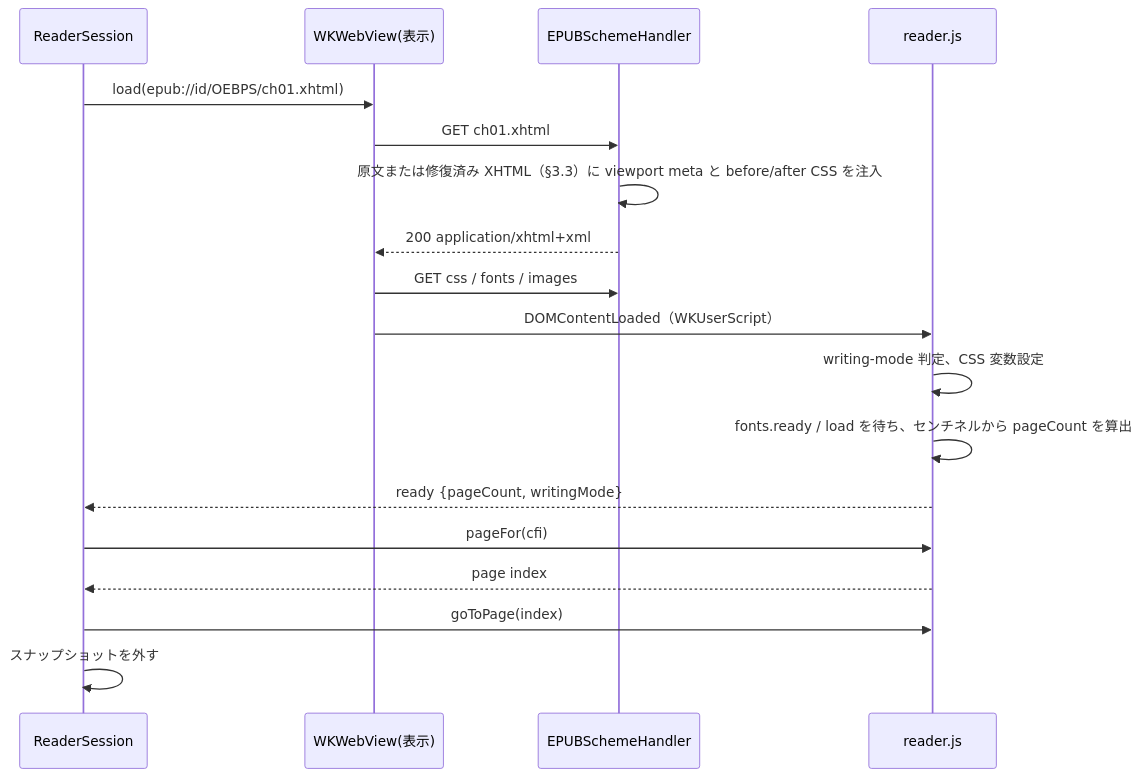
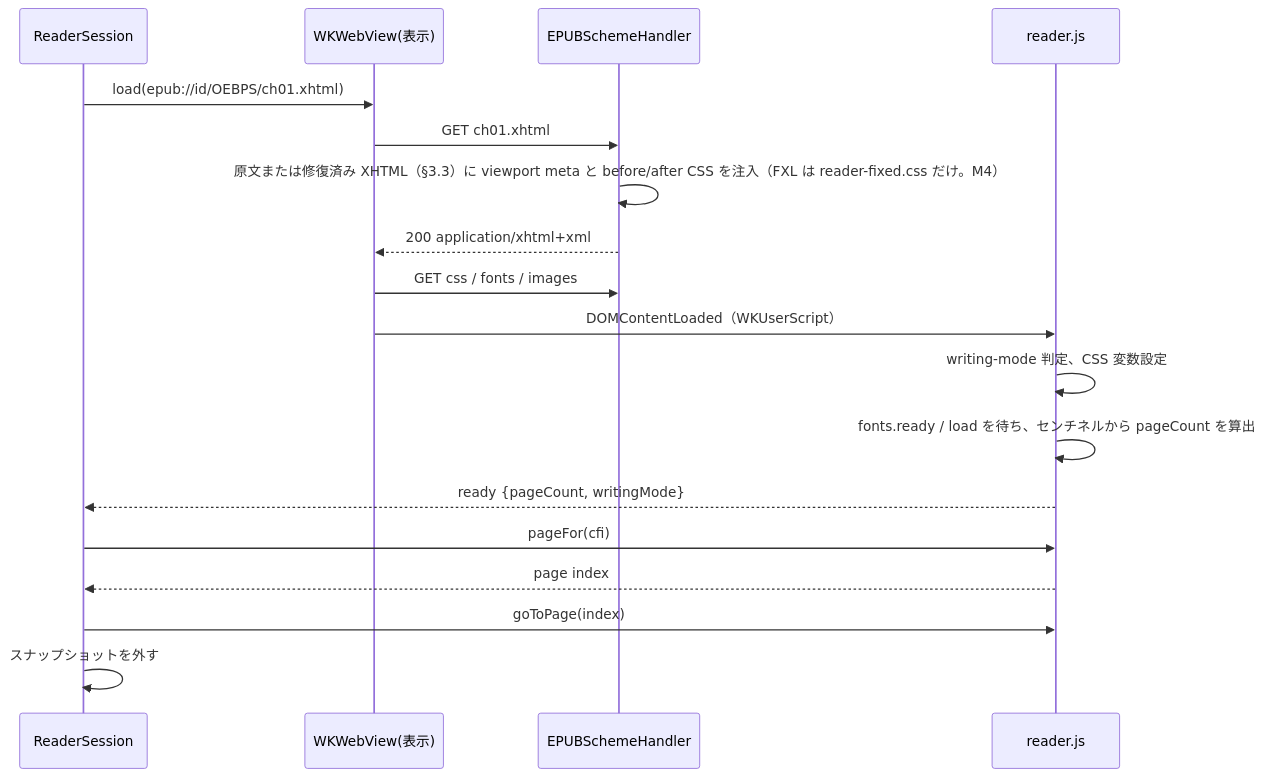
One commit to k-ymmt/epub-swift changed the diagram in docs/design/02-rendering.md. Above: the diagram before and after it, drawn with Mermaid. The commit also changed other lines of this file and 4 other files, not shown here.

````diff
--- a/docs/design/02-rendering.md
+++ b/docs/design/02-rendering.md
@@ -428,20 +510,20 @@
 ```mermaid
 sequenceDiagram
     participant S as ReaderSession
     participant W as WKWebView(表示)
     participant H as EPUBSchemeHandler
     participant J as reader.js
     S->>W: load(epub://id/OEBPS/ch01.xhtml)
     W->>H: GET ch01.xhtml
-    H->>H: 原文または修復済み XHTML（§3.3）に viewport meta と before/after CSS を注入
+    H->>H: 原文または修復済み XHTML（§3.3）に viewport meta と before/after CSS を注入（FXL は reader-fixed.css だけ。M4）
     H-->>W: 200 application/xhtml+xml
     W->>H: GET css / fonts / images
     W->>J: DOMContentLoaded（WKUserScript）
     J->>J: writing-mode 判定、CSS 変数設定
     J->>J: fonts.ready / load を待ち、センチネルから pageCount を算出
     J-->>S: ready {pageCount, writingMode}
     S->>J: pageFor(cfi)
     J-->>S: page index
     S->>J: goToPage(index)
     S->>S: スナップショットを外す
 ```
````
